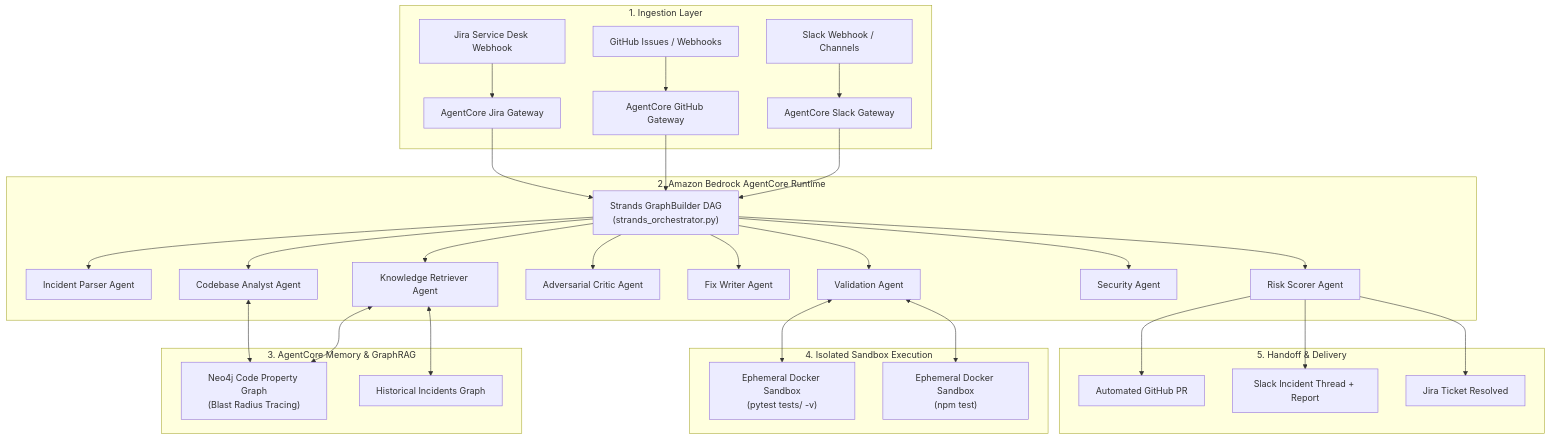
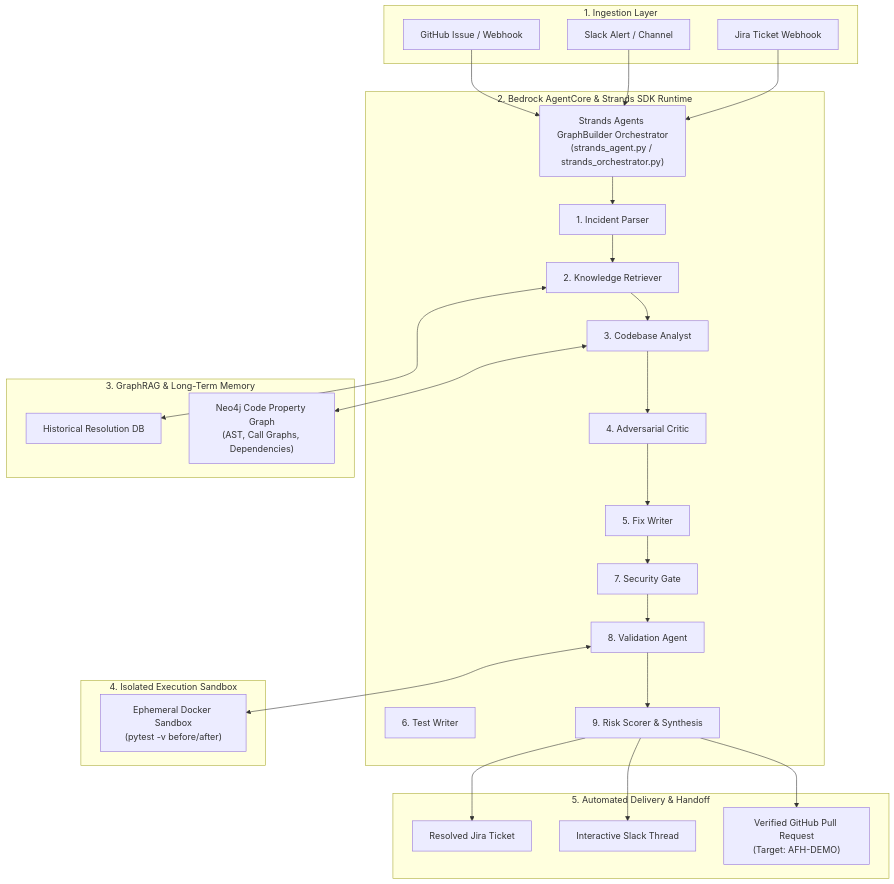
The diagram in README.md (iykyk-vedant/AWS-AFH), drawn with Mermaid before and after one commit. The commit also changed other lines of this file and 1 other file, not shown here.

Commit message:
docs: update README with hackathon pitch, demo repo links, and architecture photo diagram

````diff
--- a/README.md
+++ b/README.md
@@ -63,40 +93,50 @@
 ```mermaid
-graph TD
-    subgraph TriggerLayer ["1. Ingestion Layer"]
-        Slack["Slack Webhook / Channels"] --> GW_Slack["AgentCore Slack Gateway"]
-        GitHub["GitHub Issues / Webhooks"] --> GW_GH["AgentCore GitHub Gateway"]
-        Jira["Jira Service Desk Webhook"] --> GW_Jira["AgentCore Jira Gateway"]
+flowchart TD
+    subgraph Ingestion ["1. Ingestion Layer"]
+        GH["GitHub Issue / Webhook"]
+        Slack["Slack Alert / Channel"]
+        Jira["Jira Ticket Webhook"]
     end
 
-    subgraph AgentCoreRuntime ["2. Amazon Bedrock AgentCore Runtime"]
-        GW_Slack --> StrandsCoordinator["Strands GraphBuilder DAG\n(strands_orchestrator.py)"]
-        GW_GH --> StrandsCoordinator
-        GW_Jira --> StrandsCoordinator
-
-        StrandsCoordinator --> Parser["Incident Parser Agent"]
-        StrandsCoordinator --> Retriever["Knowledge Retriever Agent"]
-        StrandsCoordinator --> Analyst["Codebase Analyst Agent"]
-        StrandsCoordinator --> Critic["Adversarial Critic Agent"]
-        StrandsCoordinator --> FixWriter["Fix Writer Agent"]
-        StrandsCoordinator --> Validator["Validation Agent"]
-        StrandsCoordinator --> Security["Security Agent"]
-        StrandsCoordinator --> Scorer["Risk Scorer Agent"]
+    subgraph Runtime ["2. Bedrock AgentCore & Strands SDK Runtime"]
+        Coordinator["Strands Agents GraphBuilder Orchestrator\n(strands_agent.py / strands_orchestrator.py)"]
+        Parser["1. Incident Parser"]
+        Retriever["2. Knowledge Retriever"]
+        Analyst["3. Codebase Analyst"]
+        Critic["4. Adversarial Critic"]
+        FixWriter["5. Fix Writer"]
+        TestWriter["6. Test Writer"]
+        SecurityGate["7. Security Gate"]
+        Validator["8. Validation Agent"]
+        RiskScorer["9. Risk Scorer & Synthesis"]
     end
 
-    subgraph MemoryLayer ["3. AgentCore Memory & GraphRAG"]
-        Retriever <--> Neo4j["Neo4j Code Property Graph\n(Blast Radius Tracing)"]
-        Analyst <--> Neo4j
-        Retriever <--> History["Historical Incidents Graph"]
+    subgraph Memory ["3. GraphRAG & Long-Term Memory"]
+        Neo4j["Neo4j Code Property Graph\n(AST, Call Graphs, Dependencies)"]
+        HistDB["Historical Resolution DB"]
     end
 
-    subgraph SandboxLayer ["4. Isolated Sandbox Execution"]
-        Validator <--> DockerPython["Ephemeral Docker Sandbox\n(pytest tests/ -v)"]
-        Validator <--> DockerNode["Ephemeral Docker Sandbox\n(npm test)"]
+    subgraph Sandbox ["4. Isolated Execution Sandbox"]
+        DockerPy["Ephemeral Docker Sandbox\n(pytest -v before/after)"]
     end
 
-    subgraph OutputLayer ["5. Handoff & Delivery"]
-        Scorer --> PR["Automated GitHub PR"]
-        Scorer --> SlackReport["Slack Incident Thread + Report"]
-        Scorer --> JiraUpdate["Jira Ticket Resolved"]
+    subgraph Delivery ["5. Automated Delivery & Handoff"]
+        PR["Verified GitHub Pull Request\n(Target: AFH-DEMO)"]
+        SlackPost["Interactive Slack Thread"]
+        JiraUpdate["Resolved Jira Ticket"]
     end
+
+    GH --> Coordinator
+    Slack --> Coordinator
+    Jira --> Coordinator
+
+    Coordinator --> Parser --> Retriever --> Analyst --> Critic --> FixWriter --> SecurityGate --> Validator --> RiskScorer
+
+    Retriever <--> HistDB
+    Analyst <--> Neo4j
+    Validator <--> DockerPy
+
+    RiskScorer --> PR
+    RiskScorer --> SlackPost
+    RiskScorer --> JiraUpdate
 ```
````
